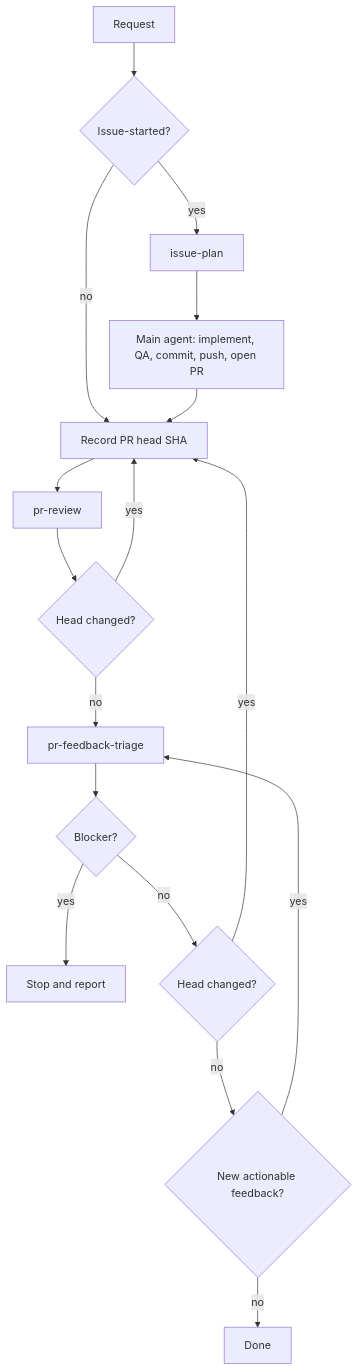
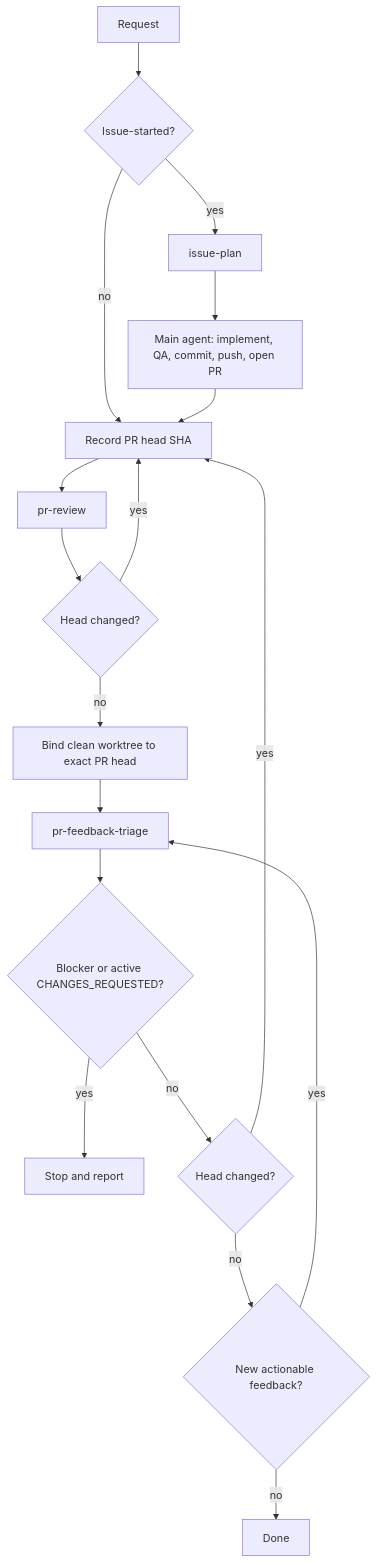
Before and after one commit to dceoy/ai-coding-agent-skills: the diagram in skills/pr-loop/SKILL.md, drawn with Mermaid. The commit also changed other lines of this file, not shown here.

Commit message:
Address pr-loop review feedback

````diff
--- a/skills/pr-loop/SKILL.md
+++ b/skills/pr-loop/SKILL.md
@@ -25,19 +27,20 @@
 ```mermaid
 flowchart TD
   Request --> Issue{Issue-started?}
   Issue -->|yes| Plan[issue-plan]
   Plan --> Implement[Main agent: implement, QA, commit, push, open PR]
   Issue -->|no| Head[Record PR head SHA]
   Implement --> Head
   Head --> Review[pr-review]
   Review --> HeadCheck{Head changed?}
   HeadCheck -->|yes| Head
-  HeadCheck -->|no| Triage[pr-feedback-triage]
-  Triage --> Blocked{Blocker?}
+  HeadCheck -->|no| Bind[Bind clean worktree to exact PR head]
+  Bind --> Triage[pr-feedback-triage]
+  Triage --> Blocked{Blocker or active CHANGES_REQUESTED?}
   Blocked -->|yes| Stop[Stop and report]
   Blocked -->|no| Changed{Head changed?}
   Changed -->|yes| Head
   Changed -->|no| Feedback{New actionable feedback?}
   Feedback -->|yes| Triage
   Feedback -->|no| Done[Done]
 ```
````
